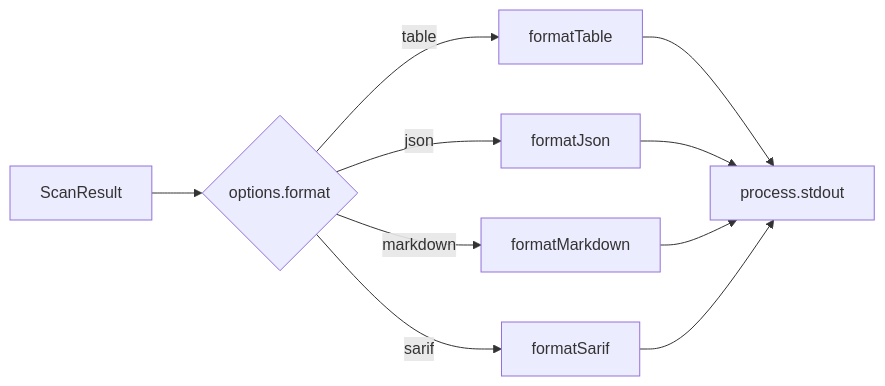
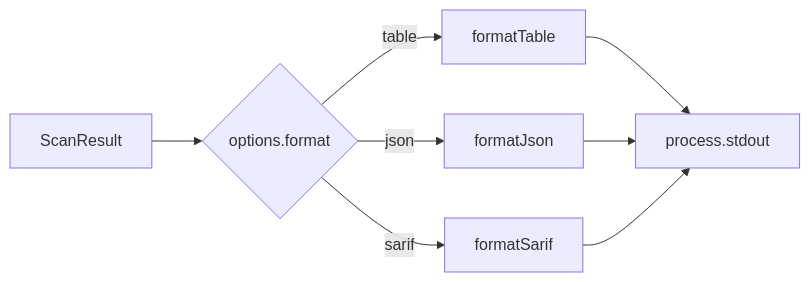
The second of 2 diagrams in docs/architecture/cli.md (towardsthecloud/cloudburn), drawn with Mermaid before and after one commit. The commit also changed other lines of this file and 6 other files, not shown here.

First line of the commit message:
feat(cli): remove markdown scan format (#13)

````diff
--- a/docs/architecture/cli.md
+++ b/docs/architecture/cli.md
@@ -19,12 +19,10 @@
 ```mermaid
 graph LR
   Result["ScanResult"] --> Dispatch{"options.format"}
   Dispatch -->|table| Table["formatTable"]
   Dispatch -->|json| JSON["formatJson"]
-  Dispatch -->|markdown| MD["formatMarkdown"]
   Dispatch -->|sarif| SARIF["formatSarif"]
   Table --> Stdout["process.stdout"]
   JSON --> Stdout
-  MD --> Stdout
   SARIF --> Stdout
 ```
````
